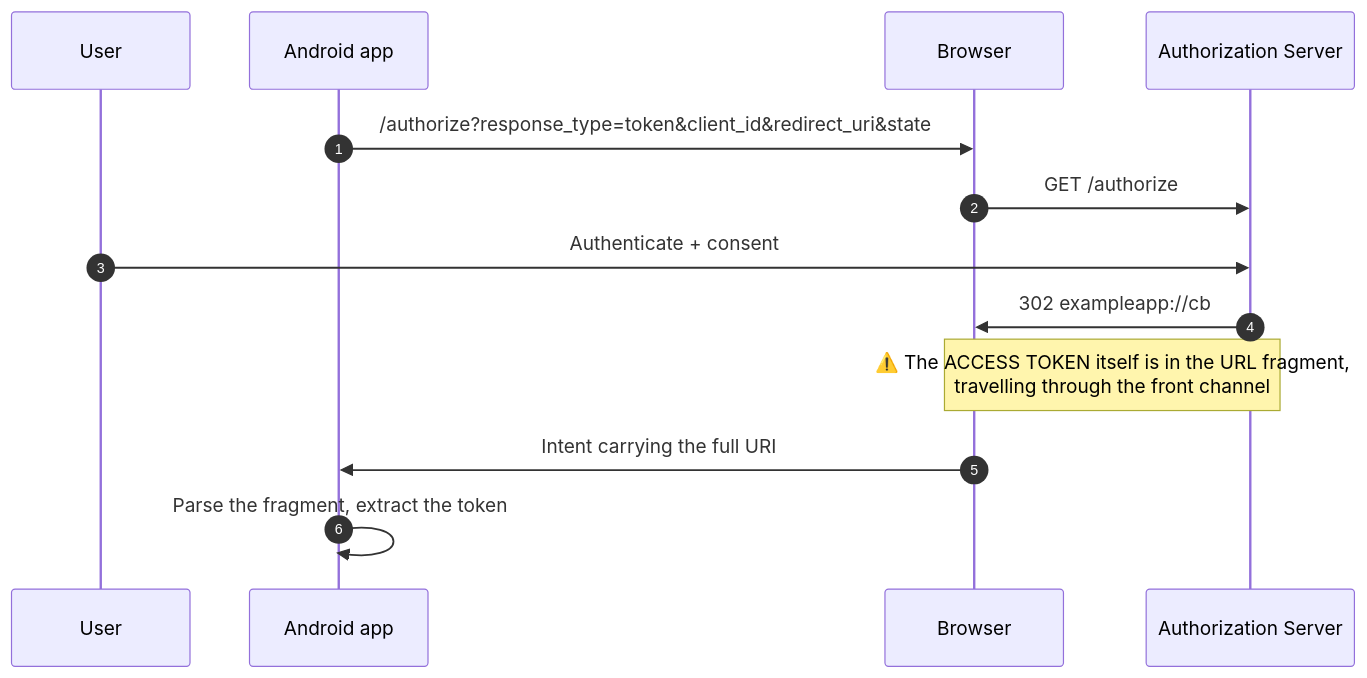
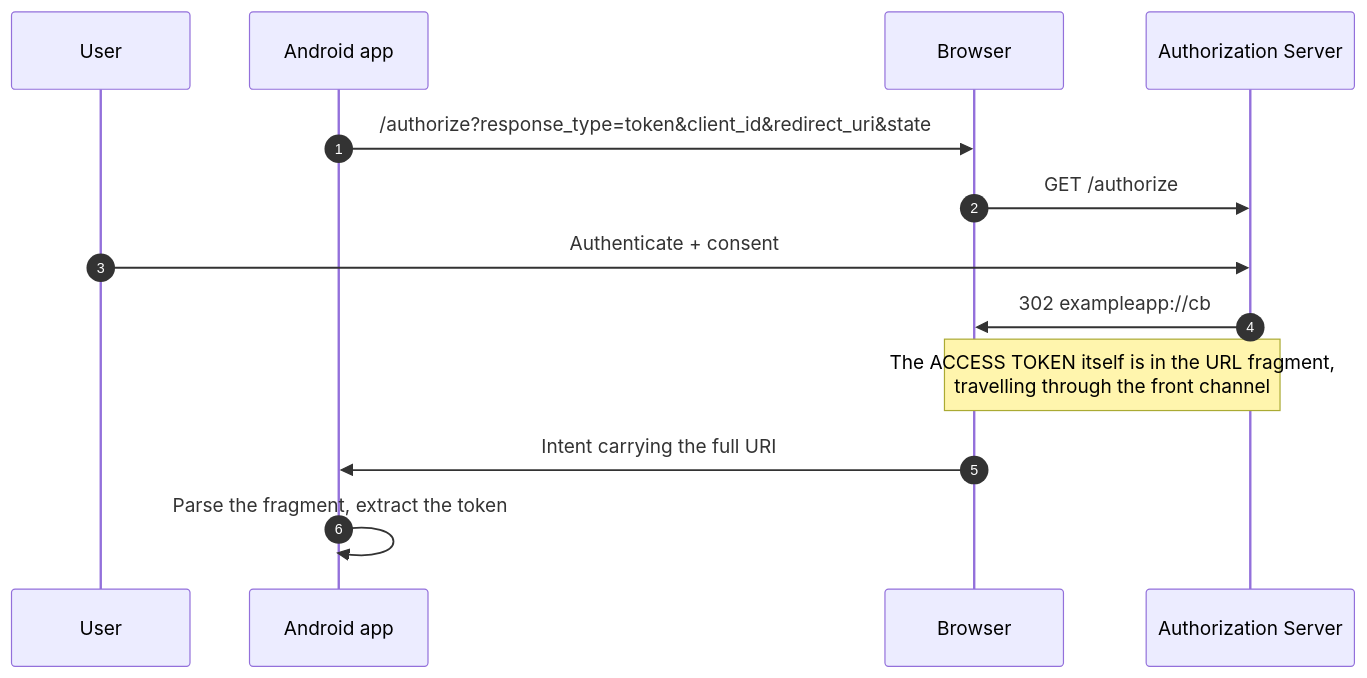
The eighth of 22 diagrams in 45-OAuth/README.md (FlyPhantomFly/android-security-handbook), drawn with Mermaid before and after one commit. The commit also changed other lines of this file and 118 other files, not shown here.

````diff
--- a/45-OAuth/README.md
+++ b/45-OAuth/README.md
@@ -554,16 +554,16 @@
 ```mermaid
 sequenceDiagram
     autonumber
     participant U as User
     participant A as Android app
     participant B as Browser
     participant AS as Authorization Server
 
     A->>B: /authorize?response_type=token&client_id&redirect_uri&state
     B->>AS: GET /authorize
     U->>AS: Authenticate + consent
     AS->>B: 302 exampleapp://cb#access_token=eyJ...&token_type=Bearer&expires_in=3600
-    Note over AS,B: ⚠️ The ACCESS TOKEN itself is in the URL fragment,<br/>travelling through the front channel
+    Note over AS,B: The ACCESS TOKEN itself is in the URL fragment,<br/>travelling through the front channel
     B->>A: Intent carrying the full URI
     A->>A: Parse the fragment, extract the token
 ```
````
